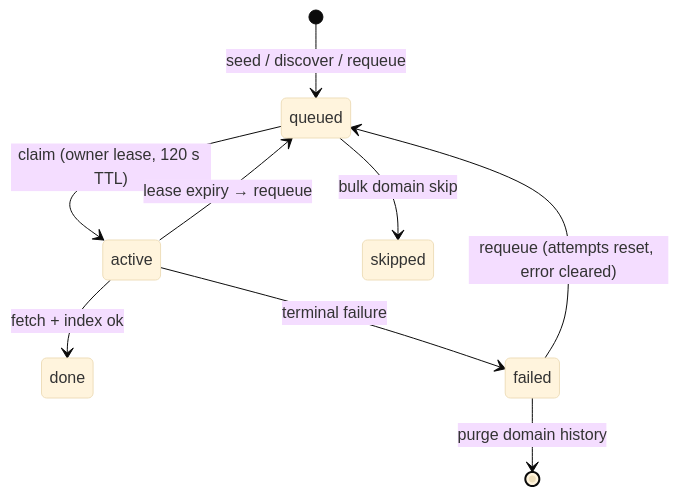
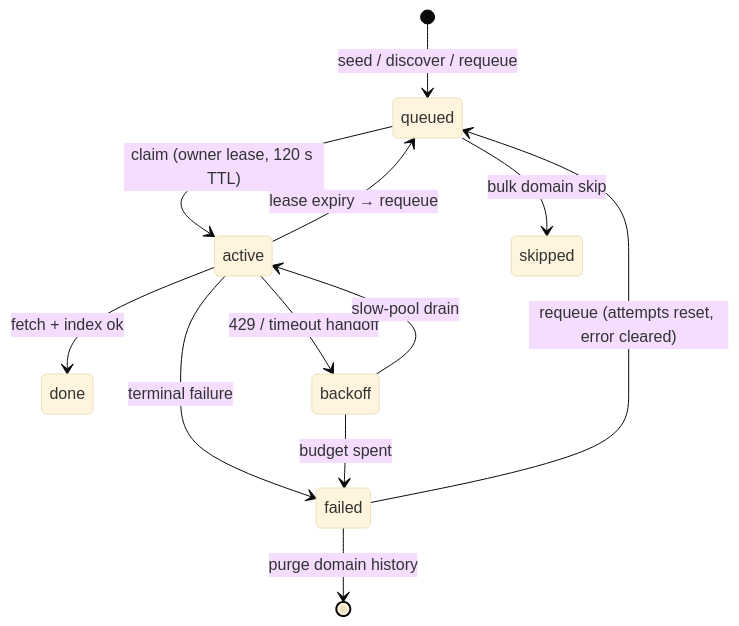
Before and after one commit to rajanbajaj/openlens: the diagram in docs/wiki/Crawler-and-Frontier-Ops.md, drawn with Mermaid (base theme). The commit also changed other lines of this file and 37 other files, not shown here.

Commit message:
v0.4.55: backoff pool (crawl.backoff + slow workers), failed-domain auto-triage, evict deadlock fix, 24-crawler fleet

````diff
--- a/docs/wiki/Crawler-and-Frontier-Ops.md
+++ b/docs/wiki/Crawler-and-Frontier-Ops.md
@@ -14,11 +14,14 @@
 ```mermaid
 stateDiagram-v2
     [*] --> queued: seed / discover / requeue
     queued --> active: claim (owner lease, 120 s TTL)
     active --> done: fetch + index ok
     active --> failed: terminal failure
+    active --> backoff: 429 / timeout handoff
+    backoff --> active: slow-pool drain
+    backoff --> failed: budget spent
     active --> queued: lease expiry → requeue
     failed --> queued: requeue (attempts reset, error cleared)
     queued --> skipped: bulk domain skip
     failed --> [*]: purge domain history
 ```
````
